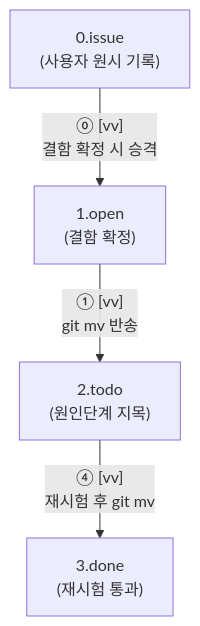
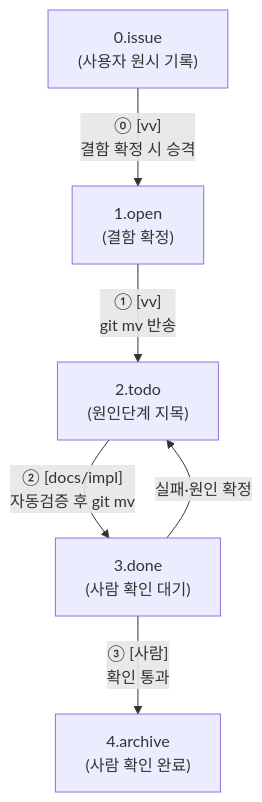
Before and after one commit to jby2199/IDMA: the second of 3 diagrams in issue/README.md, drawn with Mermaid. The commit also changed other lines of this file and 4 other files, not shown here.

````diff
--- a/issue/README.md
+++ b/issue/README.md
@@ -27,11 +27,14 @@
 ```mermaid
 flowchart TB
     S0["0.issue<br/>(사용자 원시 기록)"]
     S1["1.open<br/>(결함 확정)"]
     S2["2.todo<br/>(원인단계 지목)"]
-    S3["3.done<br/>(재시험 통과)"]
+    S3["3.done<br/>(사람 확인 대기)"]
+    S4["4.archive<br/>(사람 확인 완료)"]
 
     S0 -->|"⓪ [vv]<br/>결함 확정 시 승격"| S1
     S1 -->|"① [vv]<br/>git mv 반송"| S2
-    S2 -->|"④ [vv]<br/>재시험 후 git mv"| S3
+    S2 -->|"② [docs/impl]<br/>자동검증 후 git mv"| S3
+    S3 -->|"③ [사람]<br/>확인 통과"| S4
+    S3 -->|"실패·원인 확정"| S2
 ```
````
